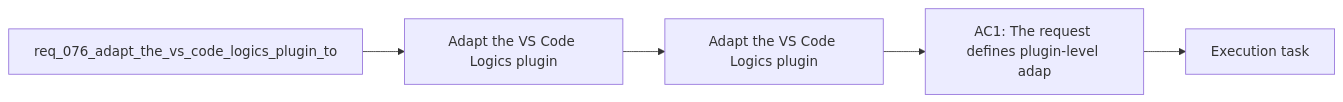
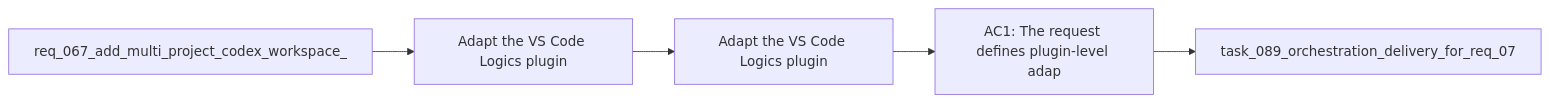
One commit to AlexAgo83/logics-manager changed the diagram in logics/backlog/item_099_adapt_the_vs_code_logics_plugin_to_codex_workspace_overlays.md. Above: the diagram before and after it, drawn with Mermaid. The commit also changed other lines of this file and 481 other files, not shown here.

````diff
--- a/logics/backlog/item_099_adapt_the_vs_code_logics_plugin_to_codex_workspace_overlays.md
+++ b/logics/backlog/item_099_adapt_the_vs_code_logics_plugin_to_codex_workspace_overlays.md
@@ -22,9 +22,9 @@
 ```mermaid
 %% logics-kind: backlog
 %% logics-signature: backlog|adapt-the-vs-code-logics-plugin-to-codex|req-067-add-multi-project-codex-workspac|adapt-the-vs-code-logics-plugin|ac1-the-request-defines-plugin-level-ada
 flowchart LR
-    Request[req_076_adapt_the_vs_code_logics_plugin_to] --> Problem[Adapt the VS Code Logics plugin]
+    Request[req_067_add_multi_project_codex_workspace_] --> Problem[Adapt the VS Code Logics plugin]
     Problem --> Scope[Adapt the VS Code Logics plugin]
     Scope --> Acceptance[AC1: The request defines plugin-level adap]
-    Acceptance --> Tasks[Execution task]
+    Acceptance --> Tasks[task_089_orchestration_delivery_for_req_07]
 ```
````
